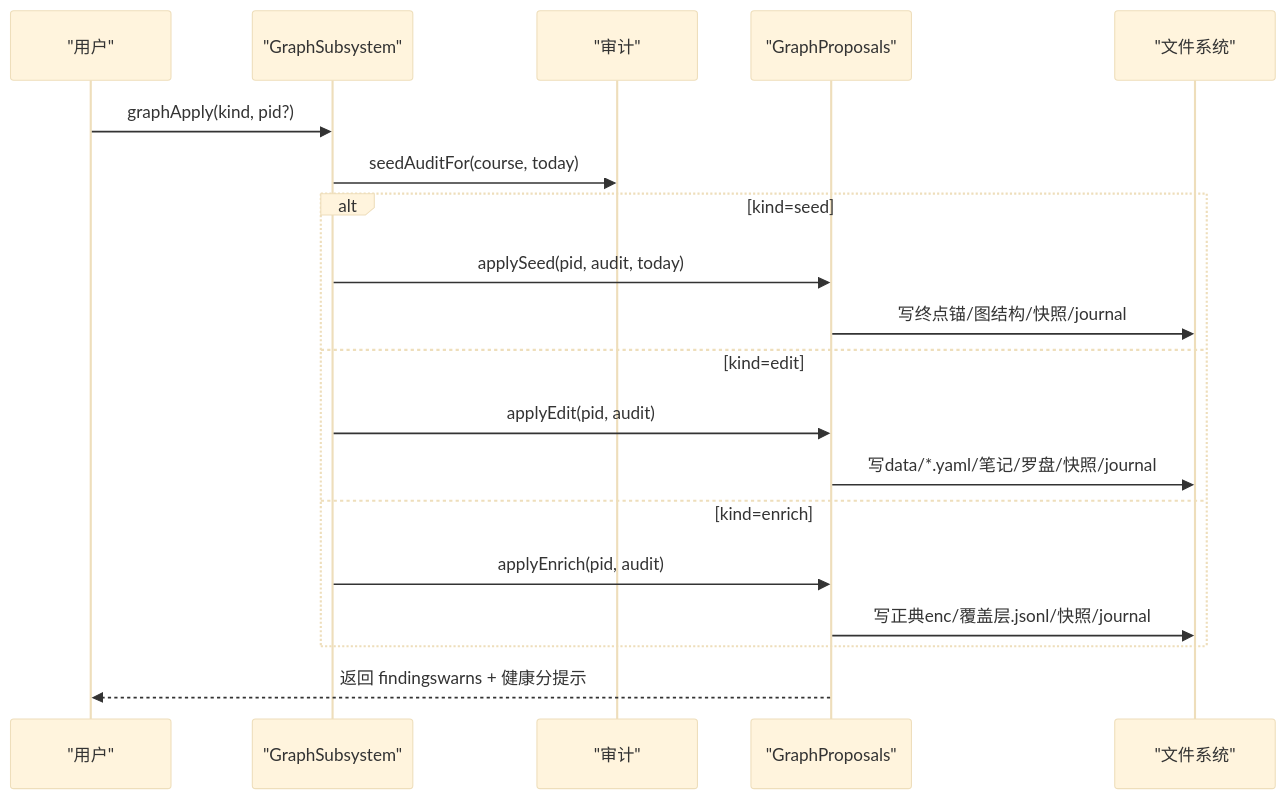
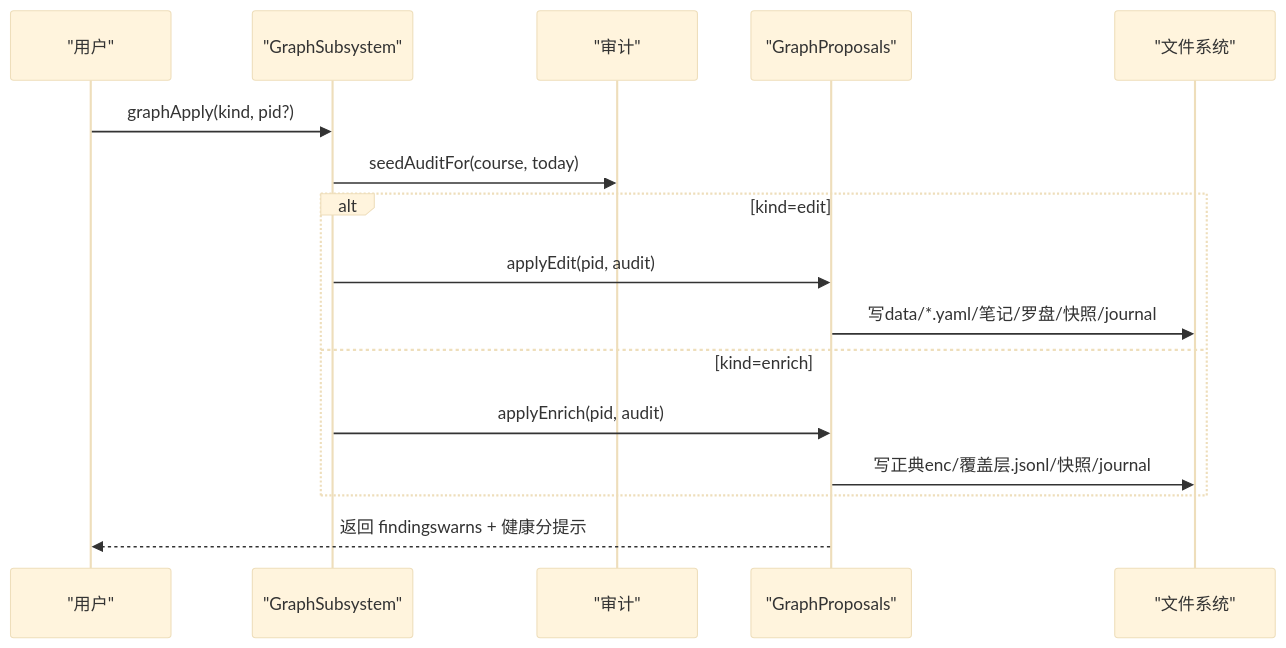
The fourth of 6 diagrams in .qoder/repowiki/zh/content/引擎核心/子系统架构/图谱子系统/图谱提案管理.md (maozhijie/learnhub-plugin), drawn with Mermaid (base theme) before and after one commit. The commit also changed other lines of this file and 43 other files, not shown here.

````diff
--- a/.qoder/repowiki/zh/content/引擎核心/子系统架构/图谱子系统/图谱提案管理.md
+++ b/.qoder/repowiki/zh/content/引擎核心/子系统架构/图谱子系统/图谱提案管理.md
@@ -222,21 +208,18 @@
 ```mermaid
 sequenceDiagram
 participant U as "用户"
 participant G as "GraphSubsystem"
 participant A as "审计"
 participant P as "GraphProposals"
 participant FS as "文件系统"
 U->>G : graphApply(kind, pid?)
 G->>A : seedAuditFor(course, today)
-alt kind=seed
-G->>P : applySeed(pid, audit, today)
-P->>FS : 写终点锚/图结构/快照/journal
-else kind=edit
+alt kind=edit
 G->>P : applyEdit(pid, audit)
 P->>FS : 写data/*.yaml/笔记/罗盘/快照/journal
 else kind=enrich
 G->>P : applyEnrich(pid, audit)
 P->>FS : 写正典enc/覆盖层.jsonl/快照/journal
 end
 P-->>U : 返回 findingswarns + 健康分提示
 ```
````
